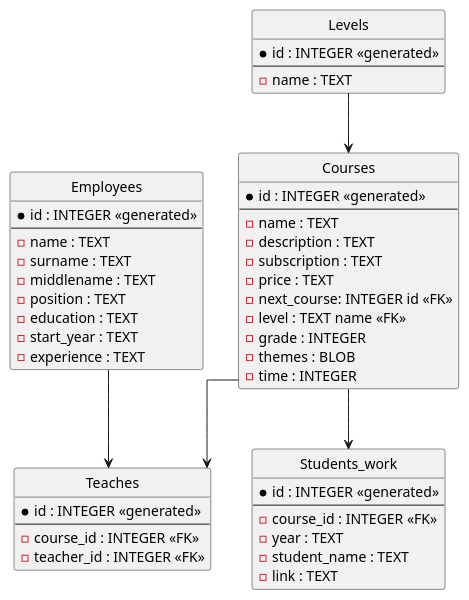
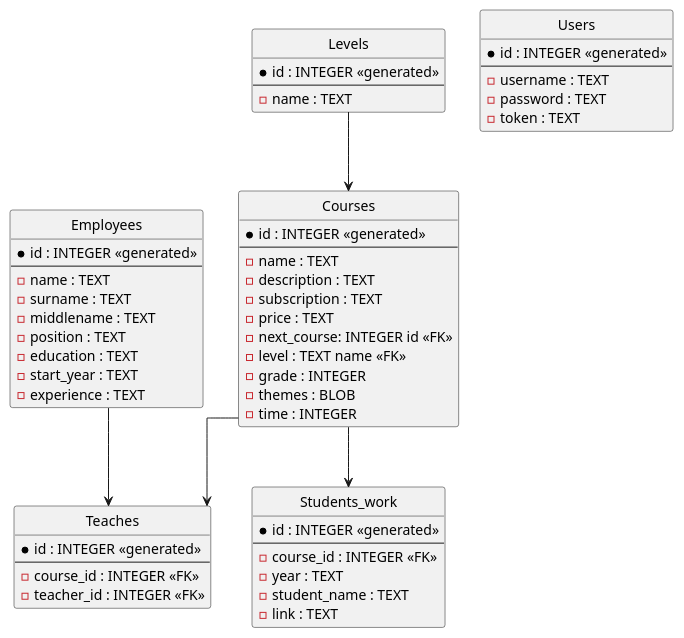
One commit to gitoqe/diploma changed the seventh of 7 diagrams in functional-structure.md. Above: the diagram before and after it, drawn with PlantUML. The commit also changed other lines of this file, not shown here.

````diff
--- a/functional-structure.md
+++ b/functional-structure.md
@@ -159,65 +159,73 @@
 ```plantuml
 @startuml
 ' hide the spot
 hide circle
 
 ' avoid problems with angled crows feet
 skinparam linetype ortho
 
 entity "Courses" as Courses {
   *id : INTEGER <<generated>>
   --
   - name : TEXT
   - description : TEXT
   - subscription : TEXT
   - price : TEXT  
   - next_course: INTEGER id <<FK>>
   - level : TEXT name <<FK>>
   - grade : INTEGER
   - themes : BLOB
   - time : INTEGER
 }
 
 entity "Levels" as Levels {
   *id : INTEGER <<generated>>
   --
   - name : TEXT
 }
 
 Levels --> Courses
 
 entity "Students_work" as Students_work {
   *id : INTEGER <<generated>>
   --
   - course_id : INTEGER <<FK>>
   - year : TEXT
   - student_name : TEXT
   - link : TEXT
 }
 
 Courses --> Students_work
 
 entity "Employees" as Employees {
   *id : INTEGER <<generated>>
   --
   - name : TEXT
   - surname : TEXT
   - middlename : TEXT
   - position : TEXT
   - education : TEXT
   - start_year : TEXT
   - experience : TEXT
 }
 
 entity "Teaches" as Teaches {
   *id : INTEGER <<generated>>
   --
   - course_id : INTEGER <<FK>>
   - teacher_id : INTEGER <<FK>>
 }
 
 Courses --> Teaches
 Employees --> Teaches
 
+entity "Users" as Users {
+  *id : INTEGER <<generated>>
+  --
+  - username : TEXT
+  - password : TEXT
+  - token : TEXT
+}
+
 @enduml
 ```
````
